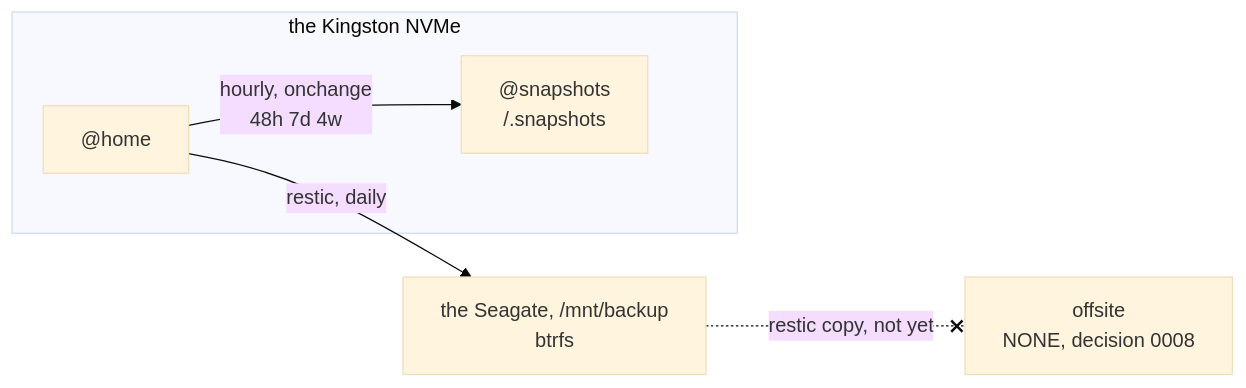
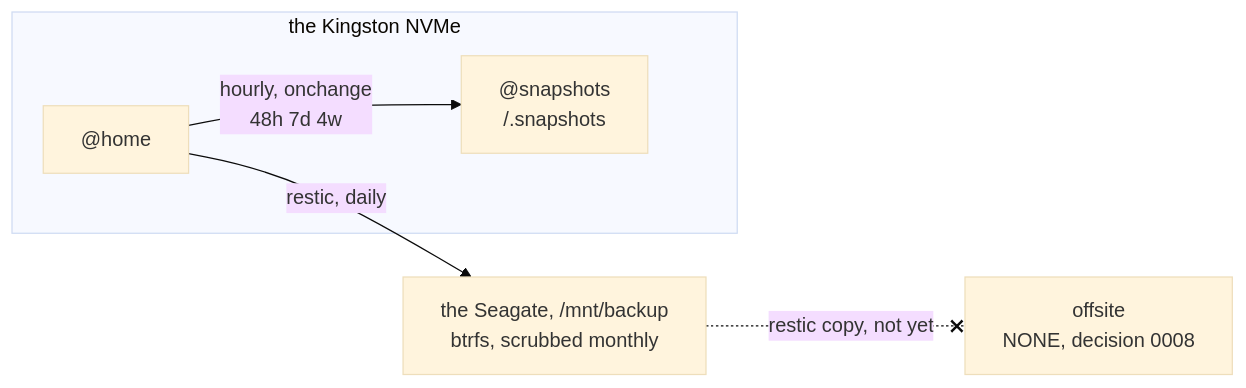
The diagram in docs/notes/boot-and-storage/btrbk.md (v1cferr/dotfiles), drawn with Mermaid (base theme) before and after one commit. The commit also changed 3 other files, not shown here.

First line of the commit message:
feat(btrfs): scrub the backup disk too, with its own alarm

````diff
--- a/docs/notes/boot-and-storage/btrbk.md
+++ b/docs/notes/boot-and-storage/btrbk.md
@@ -24,12 +24,12 @@
 ```mermaid
 flowchart LR
     accTitle: What protects @home, as of 13/10/2026
     accDescr: btrbk snapshots @home hourly into @snapshots on the same NVMe, keeping 48 hours, 7 days and 4 weeks. restic copies it daily, encrypted, to the Seagate backup disk inside this machine. There is no offsite copy yet, by decision 0008.
 
     subgraph nvme["the Kingston NVMe"]
         HOME["@home"] -->|"hourly, onchange<br>48h 7d 4w"| SNAP["@snapshots<br>/.snapshots"]
     end
 
-    HOME -->|"restic, daily"| SEA["the Seagate, /mnt/backup<br>btrfs"]
+    HOME -->|"restic, daily"| SEA["the Seagate, /mnt/backup<br>btrfs, scrubbed monthly"]
     SEA -.-x|"restic copy, not yet"| OFF["offsite<br>NONE, decision 0008"]
 ```
````
